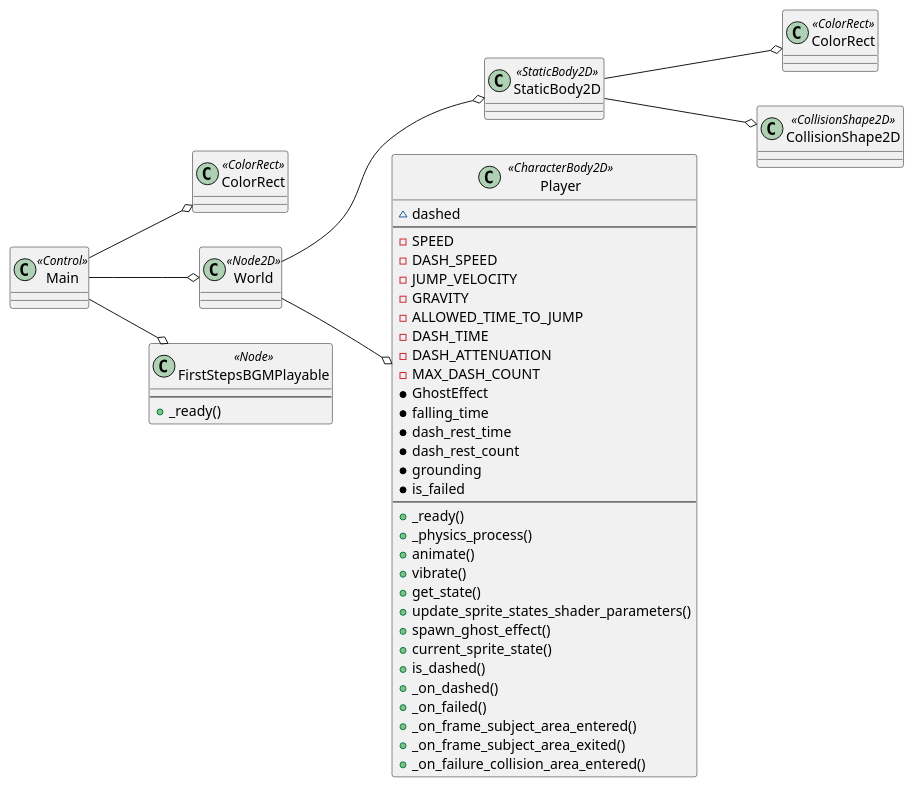
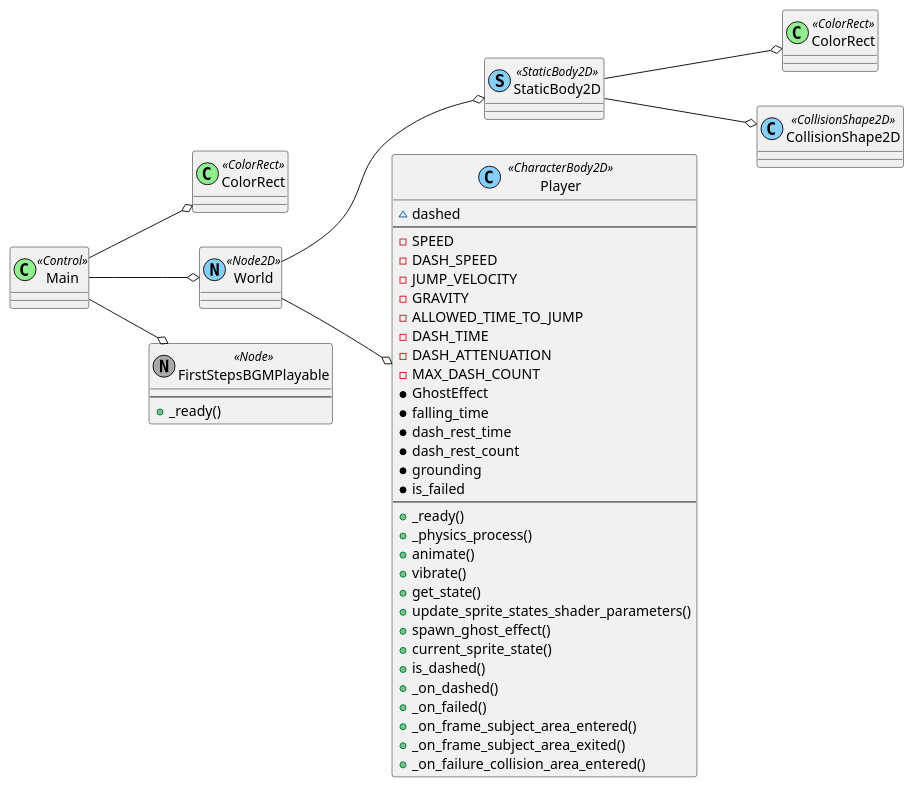
One commit to tkmfujise/Platformer-Game-Learning changed the diagram in content/scenes/src/main.tscn.adoc. Above: the diagram before and after it, drawn with PlantUML. The commit also changed 69 other files, not shown here.

Commit message:
Change scene diagram class color

```diff
--- a/content/scenes/src/main.tscn.adoc
+++ b/content/scenes/src/main.tscn.adoc
@@ -9,61 +9,61 @@
 [plantuml]
 ....
-class ROOT as "Main" <<Control>> {
+class ROOT as "Main" <<(C,lightgreen) Control>> {
 }
-class ColorRect as "ColorRect" <<ColorRect>> {
+class ColorRect as "ColorRect" <<(C,lightgreen) ColorRect>> {
 }
-class World as "World" <<Node2D>> {
+class World as "World" <<(N,lightskyblue) Node2D>> {
 }
-class World_StaticBody2D as "StaticBody2D" <<StaticBody2D>> {
+class World_StaticBody2D as "StaticBody2D" <<(S,lightskyblue) StaticBody2D>> {
 }
-class World_StaticBody2D_ColorRect as "ColorRect" <<ColorRect>> {
+class World_StaticBody2D_ColorRect as "ColorRect" <<(C,lightgreen) ColorRect>> {
 }
-class World_StaticBody2D_CollisionShape2D as "CollisionShape2D" <<CollisionShape2D>> {
+class World_StaticBody2D_CollisionShape2D as "CollisionShape2D" <<(C,lightskyblue) CollisionShape2D>> {
 }
-class World_Player as "Player" <<CharacterBody2D>> {
+class World_Player as "Player" <<(C,lightskyblue) CharacterBody2D>> {
   ~ dashed
 ---
   - SPEED
   - DASH_SPEED
   - JUMP_VELOCITY
   - GRAVITY
   - ALLOWED_TIME_TO_JUMP
   - DASH_TIME
   - DASH_ATTENUATION
   - MAX_DASH_COUNT
   * GhostEffect
   * falling_time
   * dash_rest_time
   * dash_rest_count
   * grounding
   * is_failed
 ---
   + _ready()
   + _physics_process()
   + animate()
   + vibrate()
   + get_state()
   + update_sprite_states_shader_parameters()
   + spawn_ghost_effect()
   + current_sprite_state()
   + is_dashed()
   + _on_dashed()
   + _on_failed()
   + _on_frame_subject_area_entered()
   + _on_frame_subject_area_exited()
   + _on_failure_collision_area_entered()
 }
-class FirstStepsBGMPlayable as "FirstStepsBGMPlayable" <<Node>> {
+class FirstStepsBGMPlayable as "FirstStepsBGMPlayable" <<(N,darkgray) Node>> {
 ---
   + _ready()
 }
 ROOT --o ColorRect
 ROOT --o World
 ROOT --o FirstStepsBGMPlayable
 World --o World_StaticBody2D
 World --o World_Player
 World_StaticBody2D --o World_StaticBody2D_ColorRect
 World_StaticBody2D --o World_StaticBody2D_CollisionShape2D
 left to right direction
 
 ....
```
